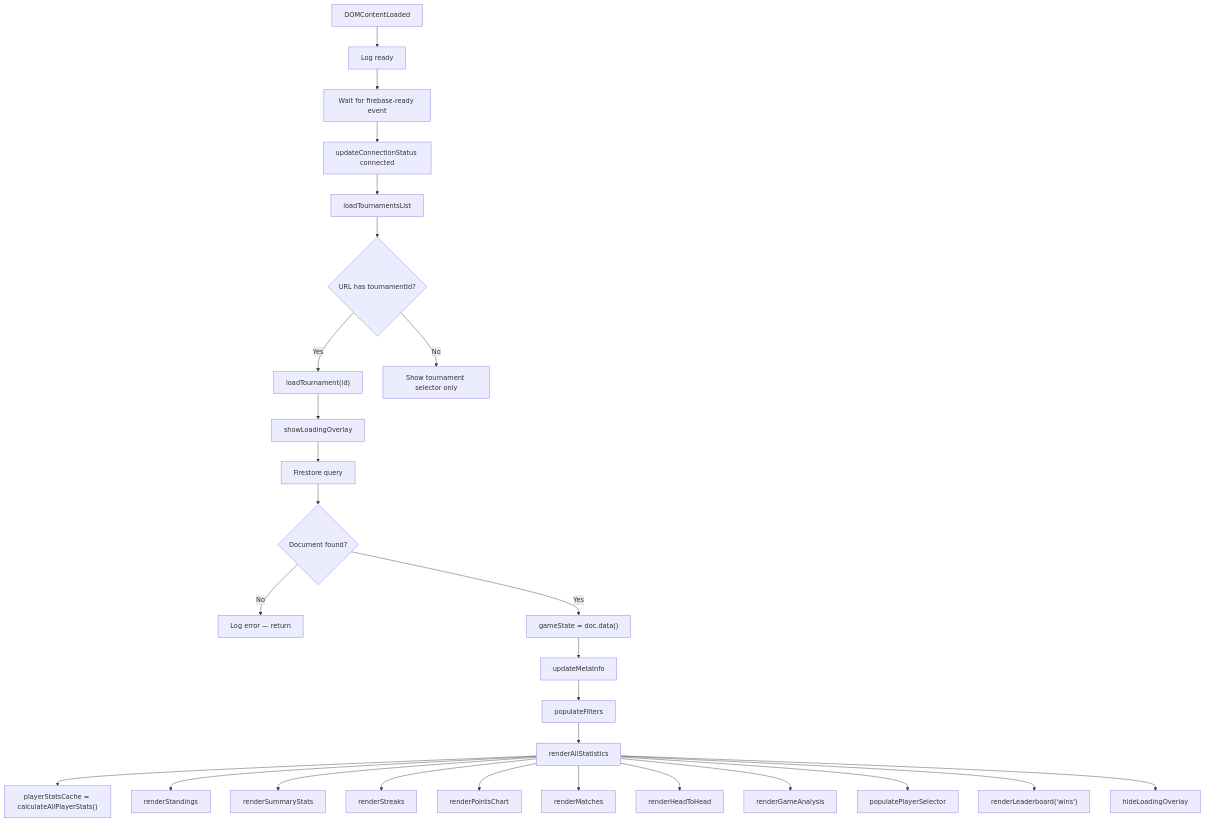
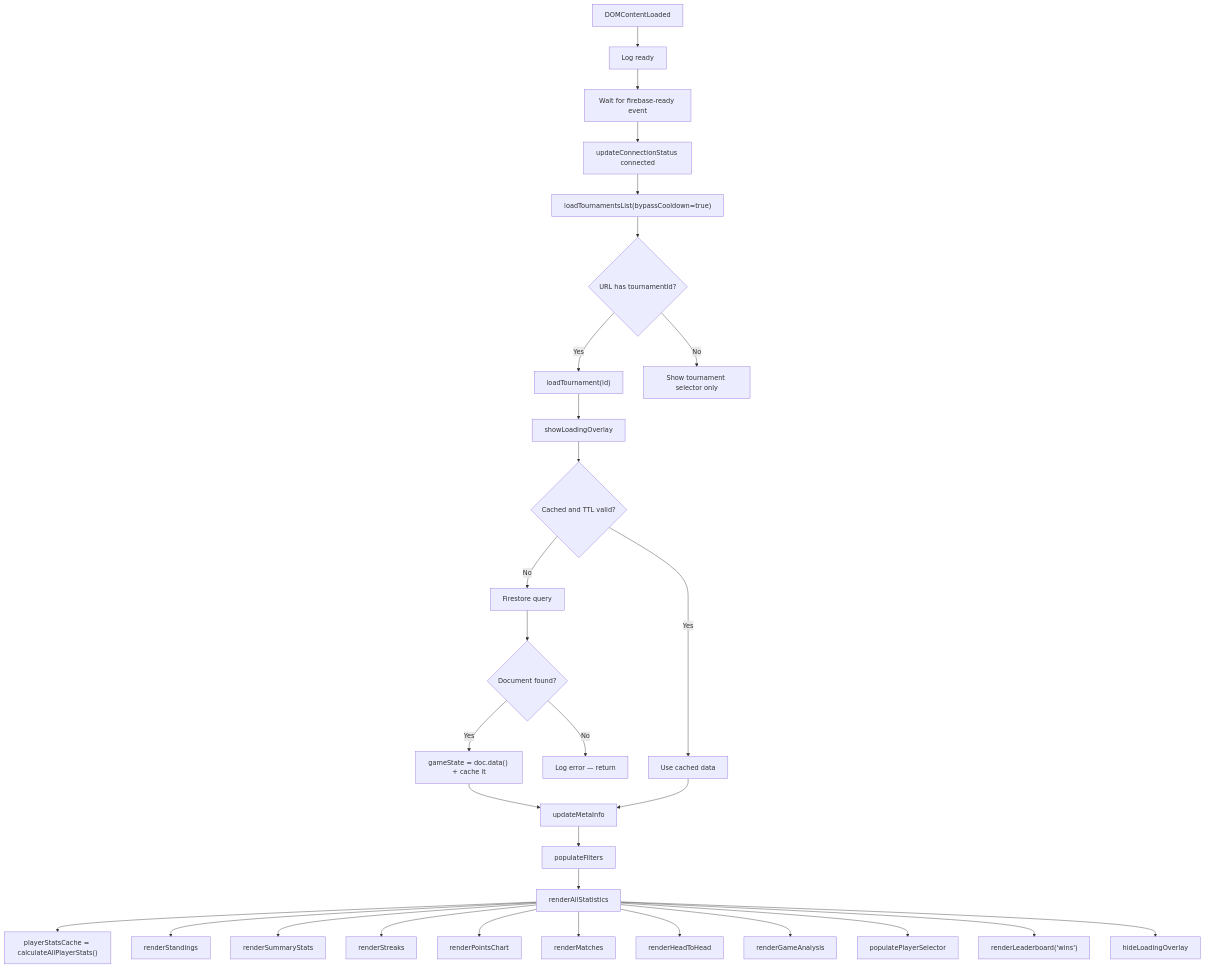
One commit to LNiitlahti/BoardGame changed the first of 10 diagrams in BoardGame/docs/architecture/statistics.md. Above: the diagram before and after it, drawn with Mermaid. The commit also changed other lines of this file and 20 other files, not shown here.

````diff
--- a/BoardGame/docs/architecture/statistics.md
+++ b/BoardGame/docs/architecture/statistics.md
@@ -9,29 +15,32 @@
 ```mermaid
 flowchart TD
     A[DOMContentLoaded] --> B[Log ready]
     B --> C[Wait for firebase-ready event]
     C --> D[updateConnectionStatus connected]
-    D --> E[loadTournamentsList]
+    D --> E["loadTournamentsList(bypassCooldown=true)"]
     E --> F{URL has tournamentId?}
     F -->|Yes| G["loadTournament(id)"]
     F -->|No| H[Show tournament selector only]
     G --> I[showLoadingOverlay]
-    I --> J[Firestore query]
+    I --> I2{Cached and TTL valid?}
+    I2 -->|Yes| M2[Use cached data]
+    I2 -->|No| J[Firestore query]
     J --> K{Document found?}
     K -->|No| L[Log error — return]
-    K -->|Yes| M["gameState = doc.data()"]
+    K -->|Yes| M["gameState = doc.data() + cache it"]
     M --> N[updateMetaInfo]
+    M2 --> N
     N --> O[populateFilters]
     O --> P[renderAllStatistics]
     P --> P1["playerStatsCache = calculateAllPlayerStats()"]
     P --> P2[renderStandings]
     P --> P3[renderSummaryStats]
     P --> P4[renderStreaks]
     P --> P5[renderPointsChart]
     P --> P6[renderMatches]
     P --> P7[renderHeadToHead]
     P --> P8[renderGameAnalysis]
     P --> P9[populatePlayerSelector]
     P --> P10["renderLeaderboard('wins')"]
     P --> Q[hideLoadingOverlay]
 ```
````
